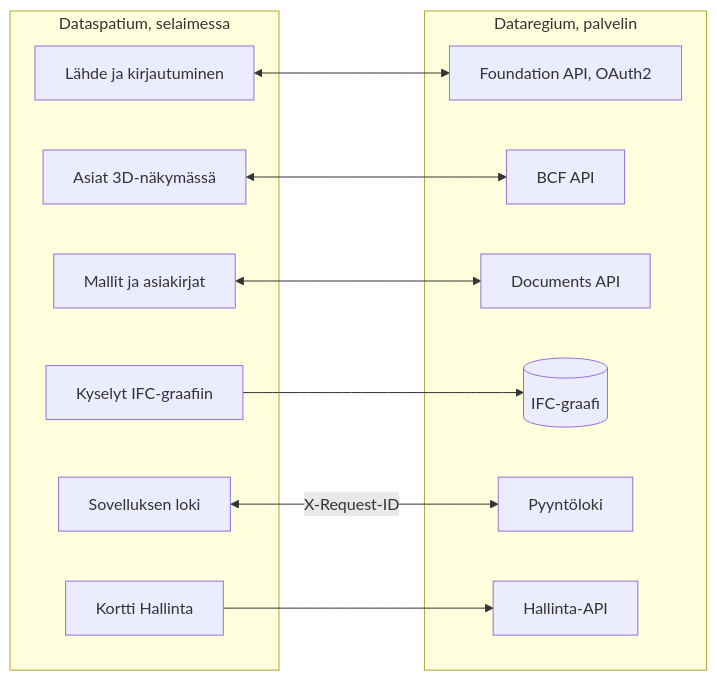
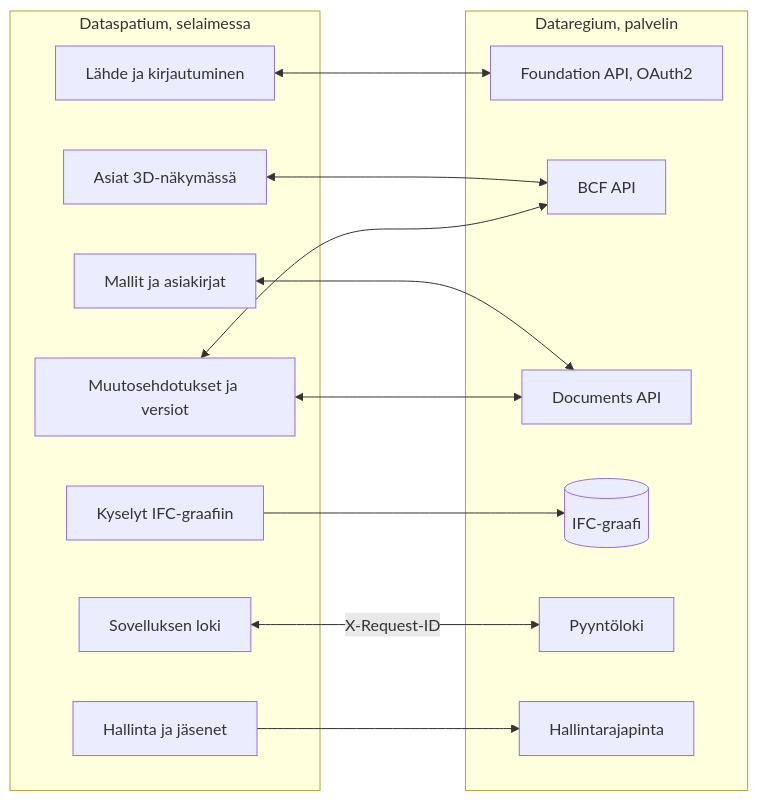
Before and after one commit to marwiss/Dataspatium: the diagram in docs/fi/README.md, drawn with Mermaid. The commit also changed other lines of this file and 6 other files, not shown here.

````diff
--- a/docs/fi/README.md
+++ b/docs/fi/README.md
@@ -167,25 +242,28 @@
 ```mermaid
 flowchart LR
     subgraph app ["Dataspatium, selaimessa"]
         source["Lähde ja kirjautuminen"]
         issues["Asiat 3D-näkymässä"]
         files["Mallit ja asiakirjat"]
+        changes["Muutosehdotukset ja versiot"]
         queries["Kyselyt IFC-graafiin"]
         log["Sovelluksen loki"]
-        admin["Kortti Hallinta"]
+        admin["Hallinta ja jäsenet"]
     end
     subgraph server ["Dataregium, palvelin"]
         foundation["Foundation API, OAuth2"]
         bcf["BCF API"]
         documents["Documents API"]
         ifcgraph[("IFC-graafi")]
         requests["Pyyntöloki"]
-        adminapi["Hallinta-API"]
+        adminapi["Hallintarajapinta"]
     end
     source <--> foundation
     issues <--> bcf
     files <--> documents
+    changes <--> bcf
+    changes <--> documents
     queries --> ifcgraph
     log <-- "X-Request-ID" --> requests
     admin --> adminapi
 ```
````
